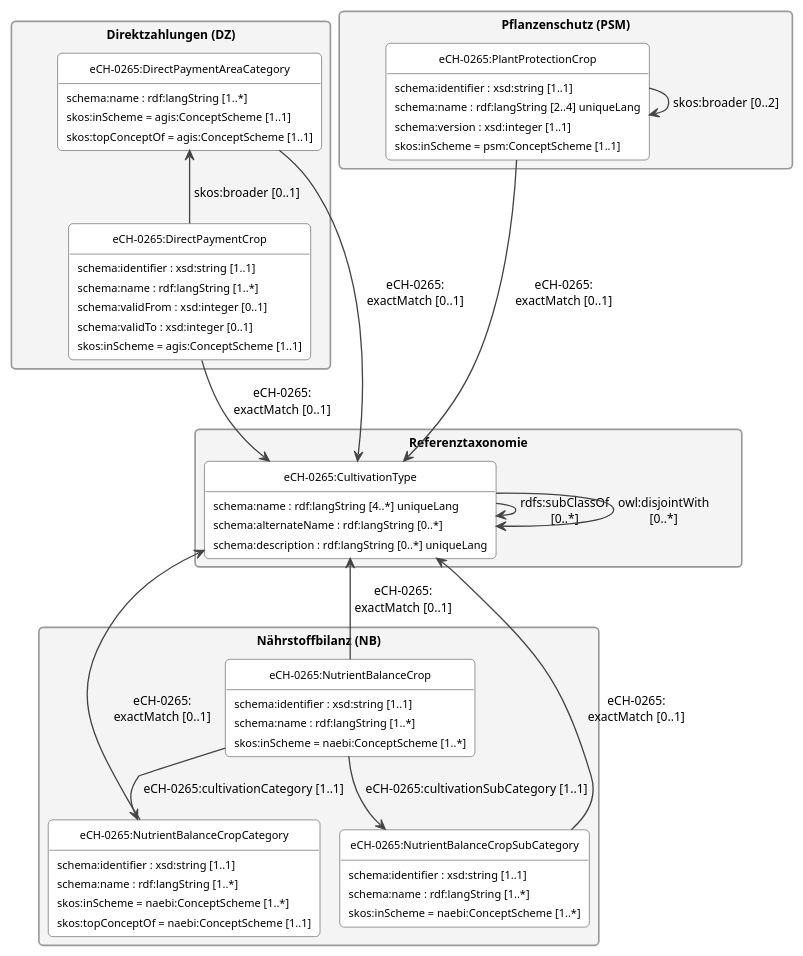
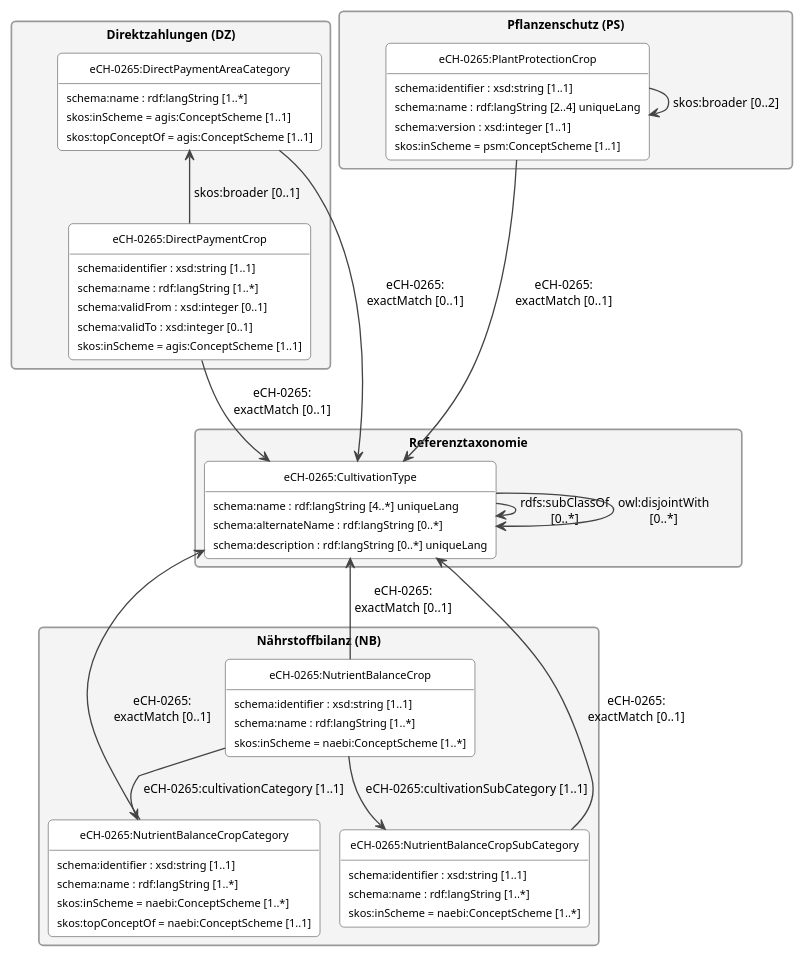
Before and after one commit to blw-ofag-ufag/eCH-0265: the diagram in docs/de/assets/puml/data_model.puml, drawn with PlantUML. The commit also changed 7 other files, not shown here.

```diff
--- a/docs/de/assets/puml/data_model.puml
+++ b/docs/de/assets/puml/data_model.puml
@@ -3,83 +3,83 @@
 @startuml
 !pragma layout smetana
 skinparam shadowing false
 skinparam roundCorner 8
 skinparam packageStyle rectangle
 skinparam defaultFontSize 11
 skinparam classFontSize 12
 skinparam Padding 2
 skinparam ArrowColor #444444
 skinparam ArrowThickness 1.2
 skinparam classBorderColor #444444
 skinparam classBackgroundColor #FFFFFF
 skinparam classAttributeFontSize 10
 skinparam packageBorderColor #999999
 skinparam packageBackgroundColor #F4F4F4
 hide circle
 hide empty members
 
 package "Direktzahlungen (DZ)" as DZ {
   class "eCH-0265:DirectPaymentAreaCategory" as DZC {
     schema:name : rdf:langString [1..*]
     skos:inScheme = agis:ConceptScheme [1..1]
     skos:topConceptOf = agis:ConceptScheme [1..1]
   }
   class "eCH-0265:DirectPaymentCrop" as DZK {
     schema:identifier : xsd:string [1..1]
     schema:name : rdf:langString [1..*]
     schema:validFrom : xsd:integer [0..1]
     schema:validTo : xsd:integer [0..1]
     skos:inScheme = agis:ConceptScheme [1..1]
   }
   DZK -up-> DZC : skos:broader [0..1]
 }
 
 package "Nährstoffbilanz (NB)" as NB {
   class "eCH-0265:NutrientBalanceCropCategory" as NBC {
     schema:identifier : xsd:string [1..1]
     schema:name : rdf:langString [1..*]
     skos:inScheme = naebi:ConceptScheme [1..*]
     skos:topConceptOf = naebi:ConceptScheme [1..1]
   }
   class "eCH-0265:NutrientBalanceCropSubCategory" as NBS {
     schema:identifier : xsd:string [1..1]
     schema:name : rdf:langString [1..*]
     skos:inScheme = naebi:ConceptScheme [1..*]
   }
   class "eCH-0265:NutrientBalanceCrop" as NBK {
     schema:identifier : xsd:string [1..1]
     schema:name : rdf:langString [1..*]
     skos:inScheme = naebi:ConceptScheme [1..*]
   }
   NBK --> NBC : eCH-0265:cultivationCategory [1..1]
   NBK --> NBS : eCH-0265:cultivationSubCategory [1..1]
 }
 
-package "Pflanzenschutz (PSM)" as PSM {
-  class "eCH-0265:PlantProtectionCrop" as PSMK {
+package "Pflanzenschutz (PS)" as PS {
+  class "eCH-0265:PlantProtectionCrop" as PSK {
     schema:identifier : xsd:string [1..1]
     schema:name : rdf:langString [2..4] uniqueLang
     schema:version : xsd:integer [1..1]
     skos:inScheme = psm:ConceptScheme [1..1]
   }
-  PSMK --> PSMK : skos:broader [0..2]
+  PSK --> PSK : skos:broader [0..2]
 }
 
 package "Referenztaxonomie" as REF {
   class "eCH-0265:CultivationType" as CT {
     schema:name : rdf:langString [4..*] uniqueLang
     schema:alternateName : rdf:langString [0..*]
     schema:description : rdf:langString [0..*] uniqueLang
   }
   CT --> CT : rdfs:subClassOf\n[0..*]
   CT --> CT : owl:disjointWith\n[0..*]
 }
 
 DZC --> CT : eCH-0265:\nexactMatch [0..1]
 DZK --> CT : eCH-0265:\nexactMatch [0..1]
 NBC -up-> CT : eCH-0265:\nexactMatch [0..1]
 NBS -up-> CT : eCH-0265:\nexactMatch [0..1]
 NBK -up-> CT : eCH-0265:\nexactMatch [0..1]
-PSMK --> CT : eCH-0265:\nexactMatch [0..1]
-DZ -[hidden]right- PSM
+PSK --> CT : eCH-0265:\nexactMatch [0..1]
+DZ -[hidden]right- PS
 @enduml
```
